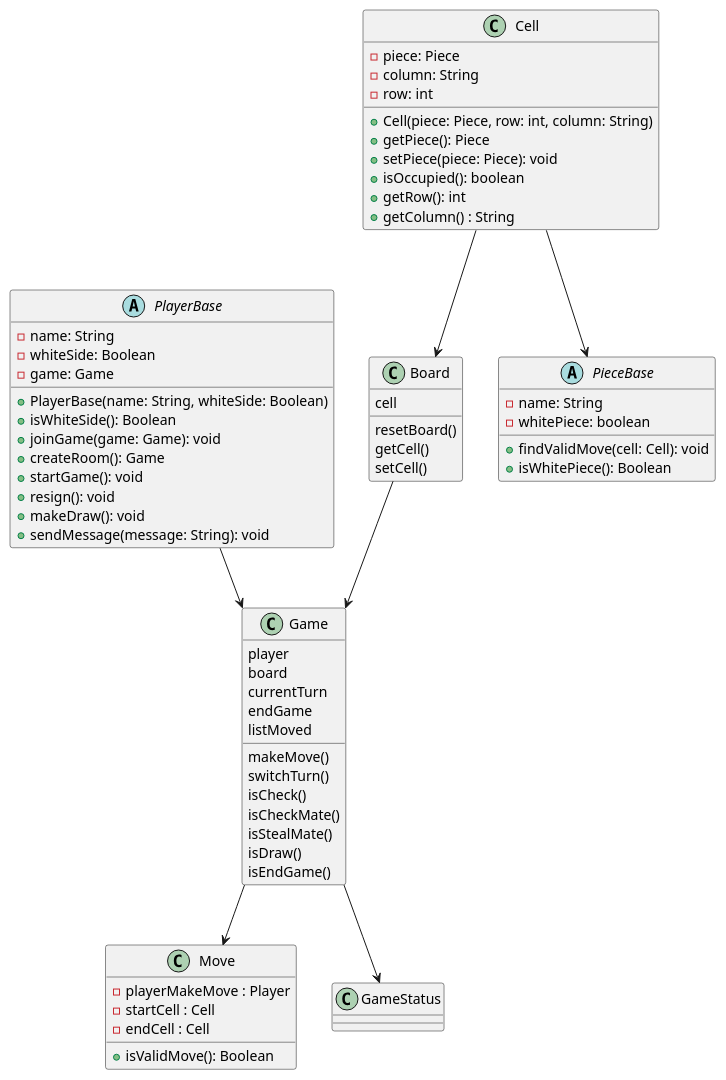
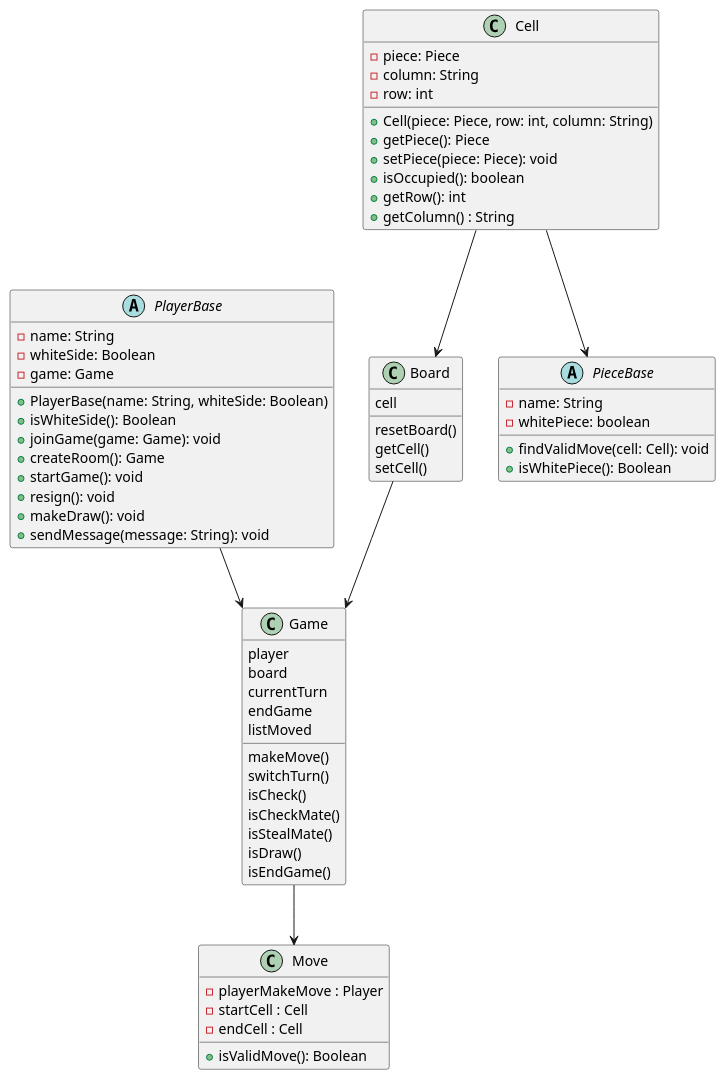
Before and after one commit to 3zard/Chess-Game: the diagram in Diagram/classDiagram.pu, drawn with PlantUML. The commit also changed 20 other files, not shown here.

```diff
--- a/Diagram/classDiagram.pu
+++ b/Diagram/classDiagram.pu
@@ -1,73 +1,72 @@
 @startuml classDiagram
 class Board {
     cell
     resetBoard()
     getCell()
     setCell()
 }
 class Game {
     player
     board
     currentTurn
     endGame
     listMoved
     makeMove()
     switchTurn()
     isCheck()
     isCheckMate()
     isStealMate()
     isDraw()
     isEndGame()
 }
 
 class Cell {
     -piece: Piece
     -column: String 
     -row: int
 
     +Cell(piece: Piece, row: int, column: String)
     +getPiece(): Piece
     +setPiece(piece: Piece): void
     +isOccupied(): boolean
     +getRow(): int
     +getColumn() : String
 }
 abstract class PlayerBase {
     -name: String
     -whiteSide: Boolean
     -game: Game
     
     +PlayerBase(name: String, whiteSide: Boolean)
     +isWhiteSide(): Boolean
     +joinGame(game: Game): void
     +createRoom(): Game
     +startGame(): void
     +resign(): void
     +makeDraw(): void
     +sendMessage(message: String): void
 }
 
 abstract class PieceBase {
     -name: String
     -whitePiece: boolean
 
     +findValidMove(cell: Cell): void
     +isWhitePiece(): Boolean
 }
 
 class Move {
     -playerMakeMove : Player
     -startCell : Cell 
     -endCell : Cell
 
     +isValidMove(): Boolean
 }
 
 PlayerBase --> Game
 Cell --> Board
 Cell -->PieceBase
 Board --> Game
-Game --> GameStatus
 Game --> Move
 
 @enduml
```
